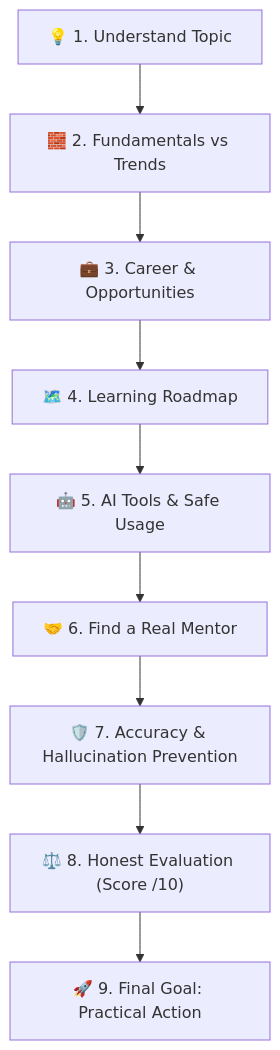
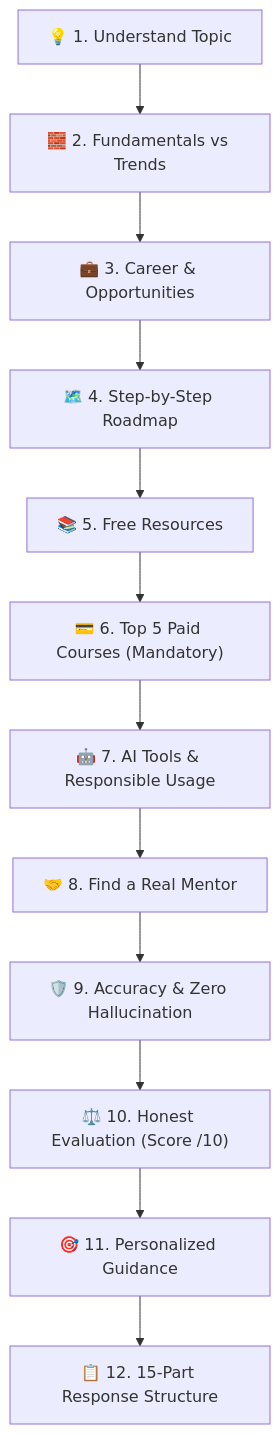
The first of 2 diagrams in 2.1-Find-Your-Way/README.md (RK-SkillForge/AI-Mentor), drawn with Mermaid before and after one commit. The commit also changed other lines of this file, not shown here.

Commit message:
docs(2.1-find-your-way): sync README with 12-pillar prompt structure and paid-courses reference

````diff
--- a/2.1-Find-Your-Way/README.md
+++ b/2.1-Find-Your-Way/README.md
@@ -16,11 +16,14 @@
 ```mermaid
 flowchart TD
     A["💡 1. Understand Topic"] --> B["🧱 2. Fundamentals vs Trends"]
     B --> C["💼 3. Career & Opportunities"]
-    C --> D["🗺️ 4. Learning Roadmap"]
-    D --> E["🤖 5. AI Tools & Safe Usage"]
-    E --> F["🤝 6. Find a Real Mentor"]
-    F --> G["🛡️ 7. Accuracy & Hallucination Prevention"]
-    G --> H["⚖️ 8. Honest Evaluation (Score /10)"]
-    H --> I["🚀 9. Final Goal: Practical Action"]
+    C --> D["🗺️ 4. Step-by-Step Roadmap"]
+    D --> E["📚 5. Free Resources"]
+    E --> F["💳 6. Top 5 Paid Courses (Mandatory)"]
+    F --> G["🤖 7. AI Tools & Responsible Usage"]
+    G --> H["🤝 8. Find a Real Mentor"]
+    H --> I["🛡️ 9. Accuracy & Zero Hallucination"]
+    I --> J["⚖️ 10. Honest Evaluation (Score /10)"]
+    J --> K["🎯 11. Personalized Guidance"]
+    K --> L["📋 12. 15-Part Response Structure"]
 ```
````
